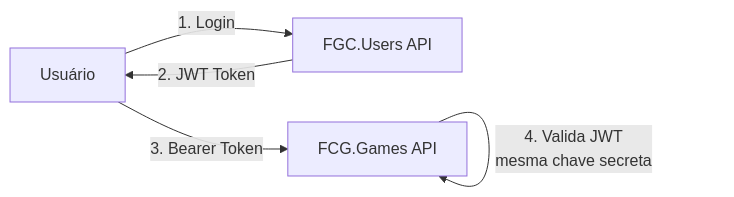
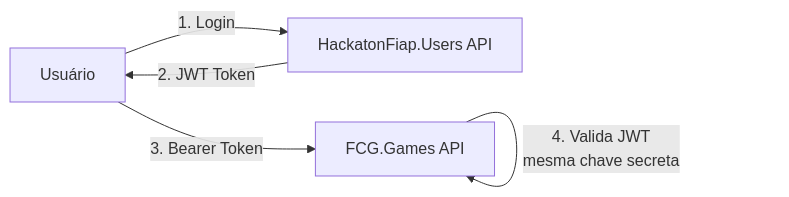
The sixth of 7 diagrams in docs/ARCHITECTURE.md (GabrielVeridico/hackaton-fiap-users), drawn with Mermaid before and after one commit. The commit also changed other lines of this file and 128 other files, not shown here.

Commit message:
refactor: renomeia FGC.Users para HackatonFiap.Users

````diff
--- a/docs/ARCHITECTURE.md
+++ b/docs/ARCHITECTURE.md
@@ -196,7 +196,7 @@
 ```mermaid
 graph LR
-    U[Usuário] -->|1. Login| UA[FGC.Users API]
+    U[Usuário] -->|1. Login| UA[HackatonFiap.Users API]
     UA -->|2. JWT Token| U
     U -->|3. Bearer Token| GA[FCG.Games API]
     GA -->|4. Valida JWT<br/>mesma chave secreta| GA
 ```
````
